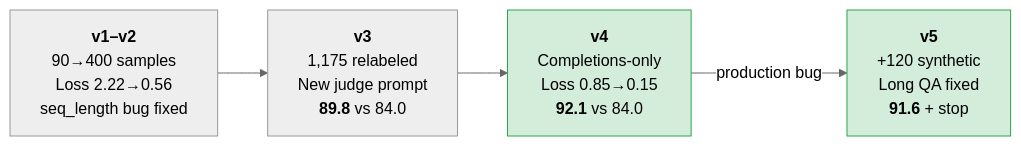
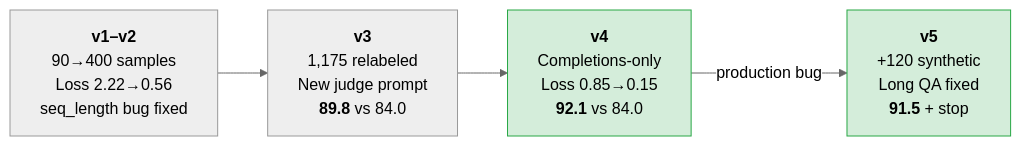
One commit to hourliert/VoiceInk-Qwen3.5-2B-FT changed the third of 4 diagrams in docs/BLOG_POST.md. Above: the diagram before and after it, drawn with Mermaid (neutral theme). The commit also changed other lines of this file, not shown here.

````diff
--- a/docs/BLOG_POST.md
+++ b/docs/BLOG_POST.md
@@ -204,11 +204,11 @@
 ```mermaid
 graph LR
     V1["<b>v1–v2</b><br/>90→400 samples<br/>Loss 2.22→0.56<br/>seq_length bug fixed"]
     V3["<b>v3</b><br/>1,175 relabeled<br/>New judge prompt<br/><b>89.8</b> vs 84.0"]
     V4["<b>v4</b><br/>Completions-only<br/>Loss 0.85→0.15<br/><b>92.1</b> vs 84.0"]
-    V5["<b>v5</b><br/>+120 synthetic<br/>Long QA fixed<br/><b>91.6</b> + stop"]
+    V5["<b>v5</b><br/>+120 synthetic<br/>Long QA fixed<br/><b>91.5</b> + stop"]
     V1 --> V3 --> V4 -->|"production bug"| V5
 
     style V4 fill:#d4edda,stroke:#28a745
     style V5 fill:#d4edda,stroke:#28a745
 ```
````
